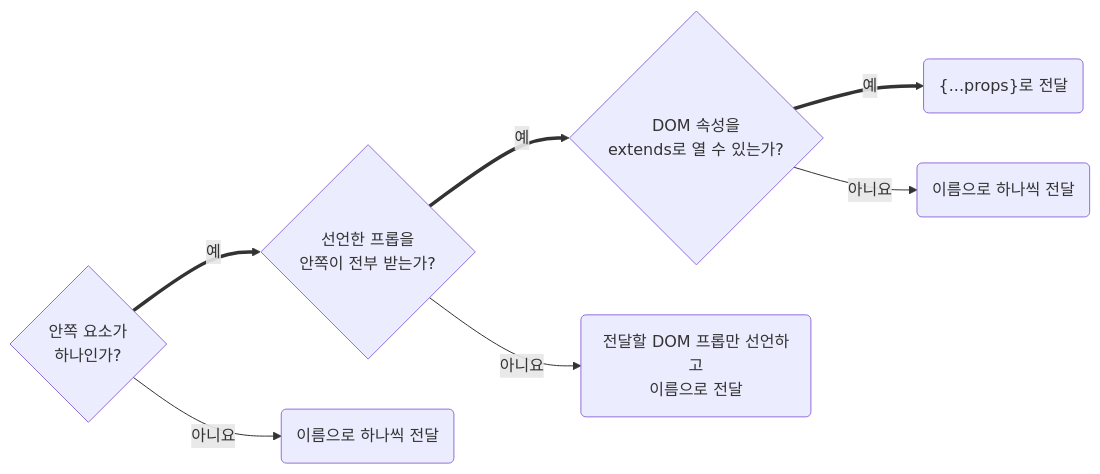
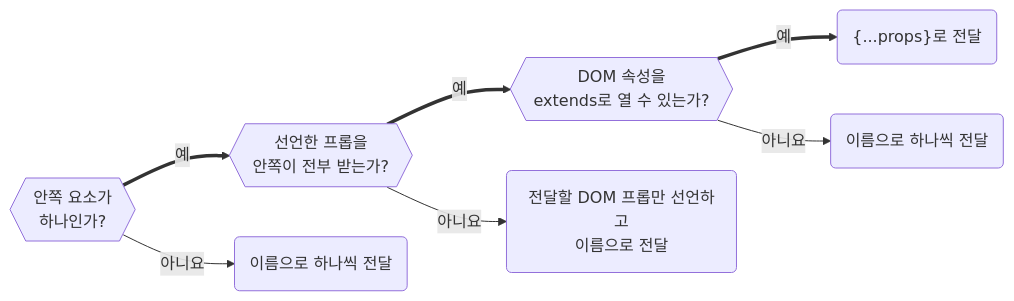
The second of 2 diagrams in skill/react/HANDBOOK.md (minu-ha/agent-conventions), drawn with Mermaid before and after one commit. The commit also changed 6 other files, not shown here.

````diff
--- a/skill/react/HANDBOOK.md
+++ b/skill/react/HANDBOOK.md
@@ -1505,7 +1505,7 @@
 ```mermaid
 flowchart LR
-	q1{"안쪽 요소가<br>하나인가?"} == 예 ==> q2{"선언한 프롭을<br>안쪽이 전부 받는가?"} == 예 ==> q3{"DOM 속성을<br>extends로 열 수 있는가?"} == 예 ==> r3("{...props}로 전달"):::yes
+	q1{{"안쪽 요소가<br>하나인가?"}} == 예 ==> q2{{"선언한 프롭을<br>안쪽이 전부 받는가?"}} == 예 ==> q3{{"DOM 속성을<br>extends로 열 수 있는가?"}} == 예 ==> r3("{...props}로 전달"):::yes
 	q1 -- 아니요 --> r1("이름으로 하나씩 전달")
 	q2 -- 아니요 --> r2("전달할 DOM 프롭만 선언하고<br>이름으로 전달")
 	q3 -- 아니요 --> r4("이름으로 하나씩 전달")
 ```
````
